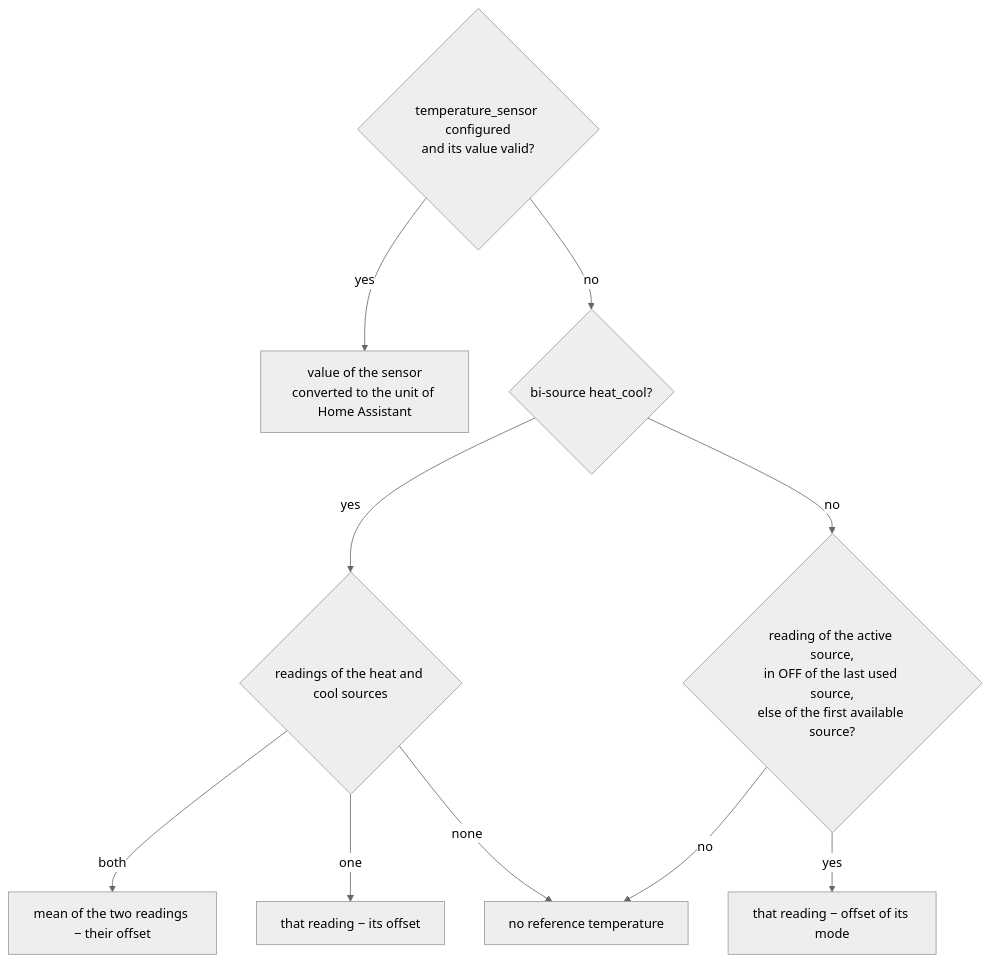
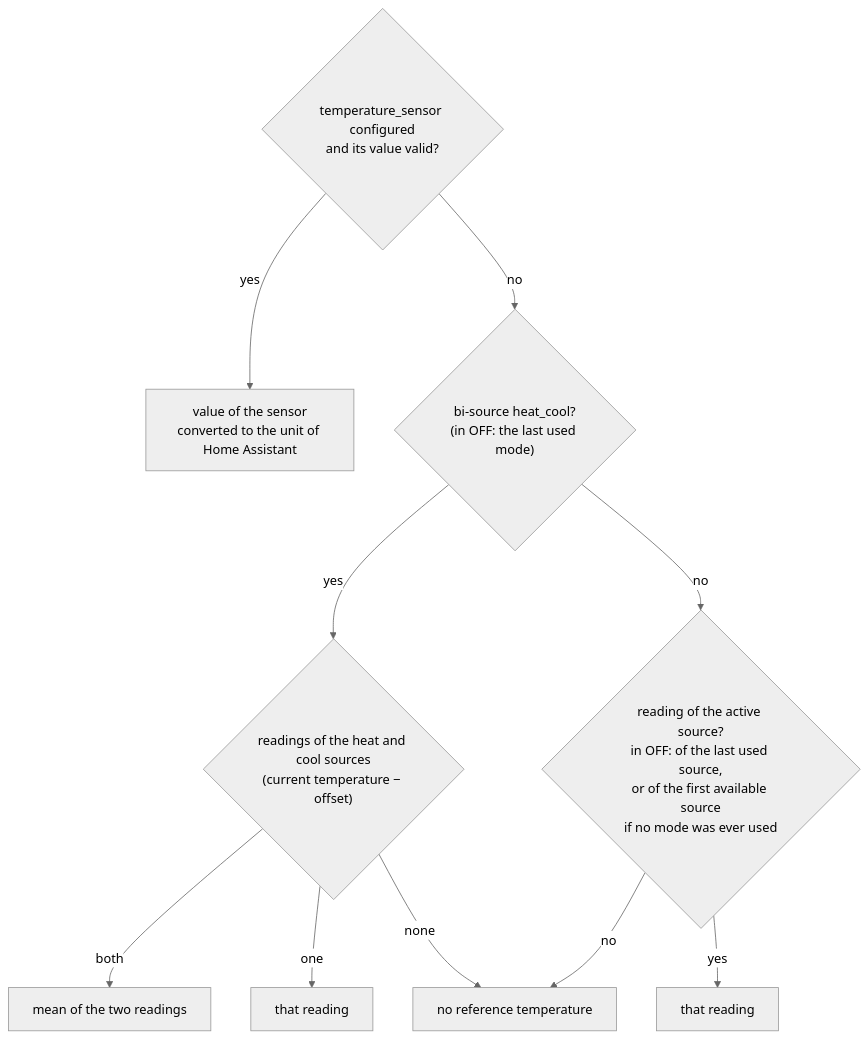
Before and after one commit to marsoupilami25/adaptative-climate: diagram 11 of 21 in SPEC.md, drawn with Mermaid (neutral theme). The commit also changed other lines of this file, not shown here.

````diff
--- a/SPEC.md
+++ b/SPEC.md
@@ -2167,12 +2303,12 @@
 ```mermaid
 flowchart TD
     S{temperature_sensor configured<br/>and its value valid?} -- yes --> V[value of the sensor<br/>converted to the unit of Home Assistant]
-    S -- no --> B{bi-source heat_cool?}
-    B -- yes --> BR{readings of the heat and cool sources}
-    BR -- both --> M[mean of the two readings − their offset]
-    BR -- one --> O[that reading − its offset]
+    S -- no --> B{"bi-source heat_cool?<br/>(in OFF: the last used mode)"}
+    B -- yes --> BR{"readings of the heat and cool sources<br/>(current temperature − offset)"}
+    BR -- both --> M[mean of the two readings]
+    BR -- one --> O[that reading]
     BR -- none --> N
-    B -- no --> A{reading of the active source,<br/>in OFF of the last used source,<br/>else of the first available source?}
-    A -- yes --> R[that reading − offset of its mode]
+    B -- no --> A{"reading of the active source?<br/>in OFF: of the last used source,<br/>or of the first available source<br/>if no mode was ever used"}
+    A -- yes --> R[that reading]
     A -- no --> N[no reference temperature]
 ```
````
